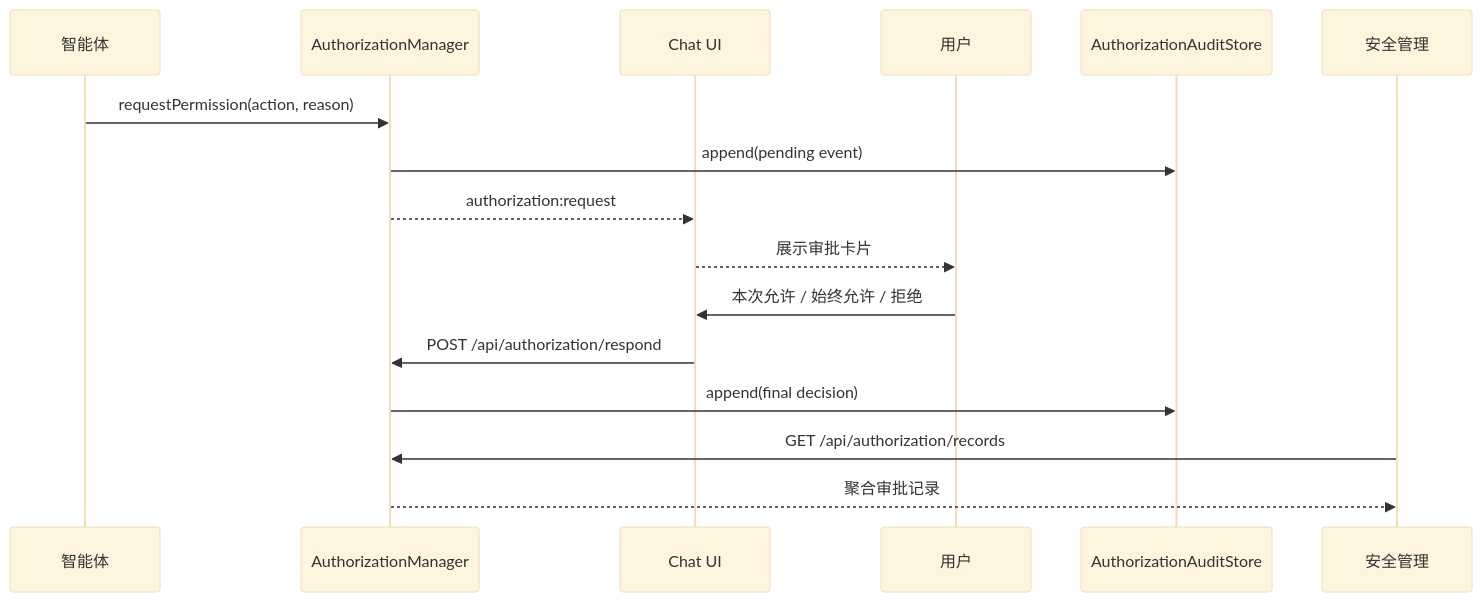
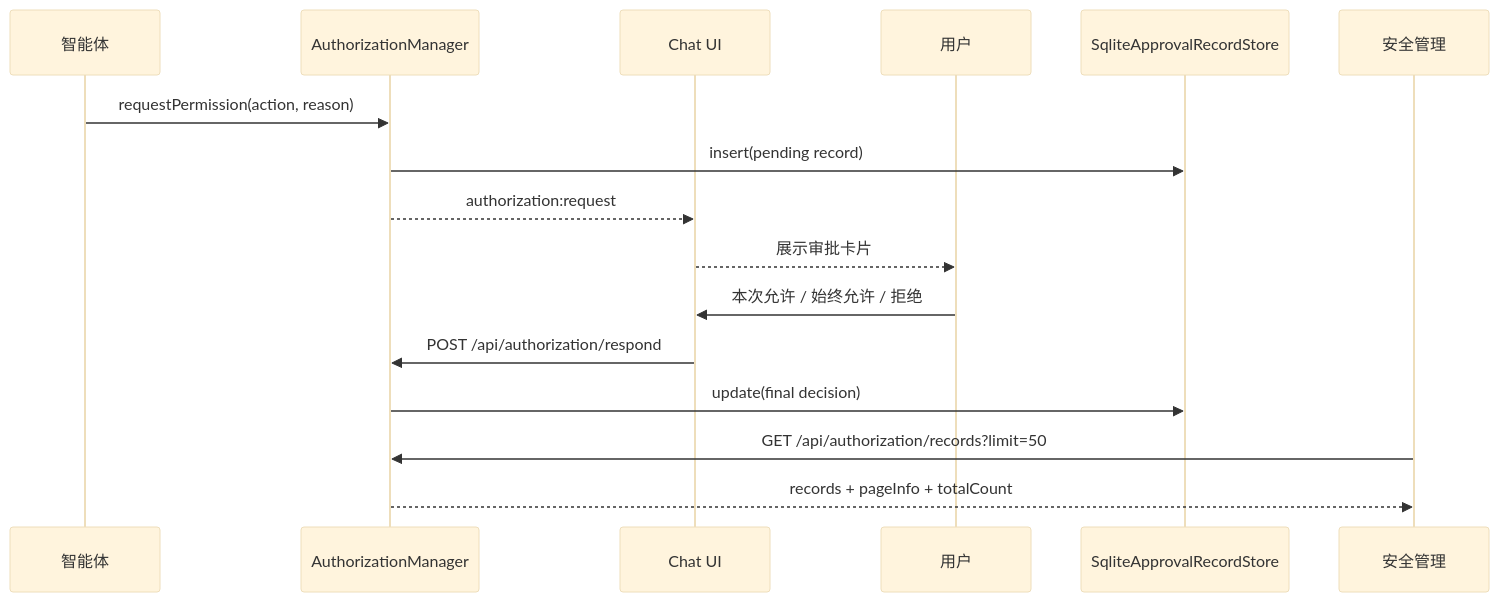
The fourth of 5 diagrams in docs/new_design/2026-05-15-security-approval-records-design.md (henshoudaji/clowder-ai), drawn with Mermaid (base theme) before and after one commit. The commit also changed other lines of this file, not shown here.

````diff
--- a/docs/new_design/2026-05-15-security-approval-records-design.md
+++ b/docs/new_design/2026-05-15-security-approval-records-design.md
@@ -481,18 +598,18 @@
 ```mermaid
 sequenceDiagram
   participant Agent as 智能体
   participant Manager as AuthorizationManager
   participant UI as Chat UI
   participant User as 用户
-  participant Audit as AuthorizationAuditStore
+  participant Store as SqliteApprovalRecordStore
   participant Sec as 安全管理
   Agent->>Manager: requestPermission(action, reason)
-  Manager->>Audit: append(pending event)
+  Manager->>Store: insert(pending record)
   Manager-->>UI: authorization:request
   UI-->>User: 展示审批卡片
   User->>UI: 本次允许 / 始终允许 / 拒绝
   UI->>Manager: POST /api/authorization/respond
-  Manager->>Audit: append(final decision)
-  Sec->>Manager: GET /api/authorization/records
-  Manager-->>Sec: 聚合审批记录
+  Manager->>Store: update(final decision)
+  Sec->>Manager: GET /api/authorization/records?limit=50
+  Manager-->>Sec: records + pageInfo + totalCount
 ```
````
